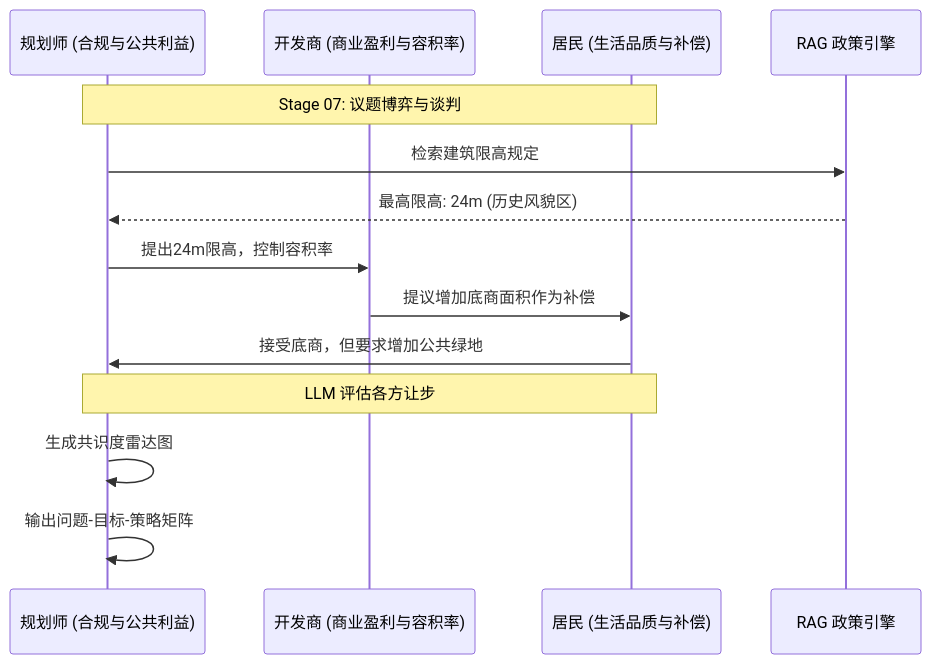
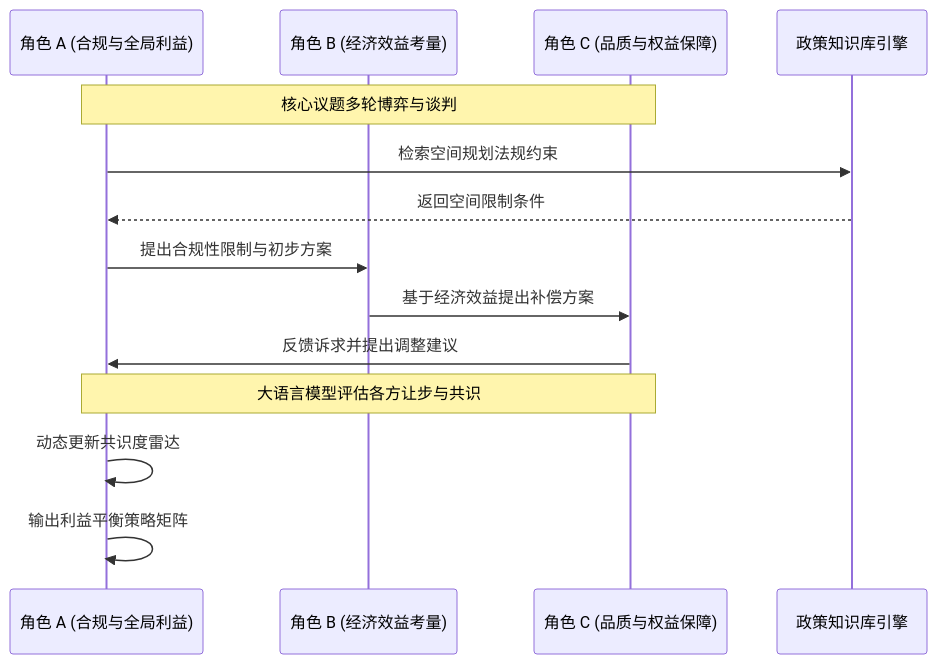
Before and after one commit to Chain813/ultimate-design: the first of 2 diagrams in README.md, drawn with Mermaid. The commit also changed other lines of this file and 1 other file, not shown here.

Commit message:
docs: restructure and de-brand core function diagrams

````diff
--- a/README.md
+++ b/README.md
@@ -95,17 +73,17 @@
 ```mermaid
 sequenceDiagram
-    participant P as 规划师 (合规与公共利益)
-    participant D as 开发商 (商业盈利与容积率)
-    participant R as 居民 (生活品质与补偿)
-    participant RAG as RAG 政策引擎
+    participant P as 角色 A (合规与全局利益)
+    participant D as 角色 B (经济效益考量)
+    participant R as 角色 C (品质与权益保障)
+    participant RAG as 政策知识库引擎
     
-    Note over P, R: Stage 07: 议题博弈与谈判
-    P->>RAG: 检索建筑限高规定
-    RAG-->>P: 最高限高: 24m (历史风貌区)
-    P->>D: 提出24m限高，控制容积率
-    D->>R: 提议增加底商面积作为补偿
-    R->>P: 接受底商，但要求增加公共绿地
-    Note over P, R: LLM 评估各方让步
-    P->>P: 生成共识度雷达图
-    P->>P: 输出问题-目标-策略矩阵
+    Note over P, R: 核心议题多轮博弈与谈判
+    P->>RAG: 检索空间规划法规约束
+    RAG-->>P: 返回空间限制条件
+    P->>D: 提出合规性限制与初步方案
+    D->>R: 基于经济效益提出补偿方案
+    R->>P: 反馈诉求并提出调整建议
+    Note over P, R: 大语言模型评估各方让步与共识
+    P->>P: 动态更新共识度雷达
+    P->>P: 输出利益平衡策略矩阵
 ```
````
